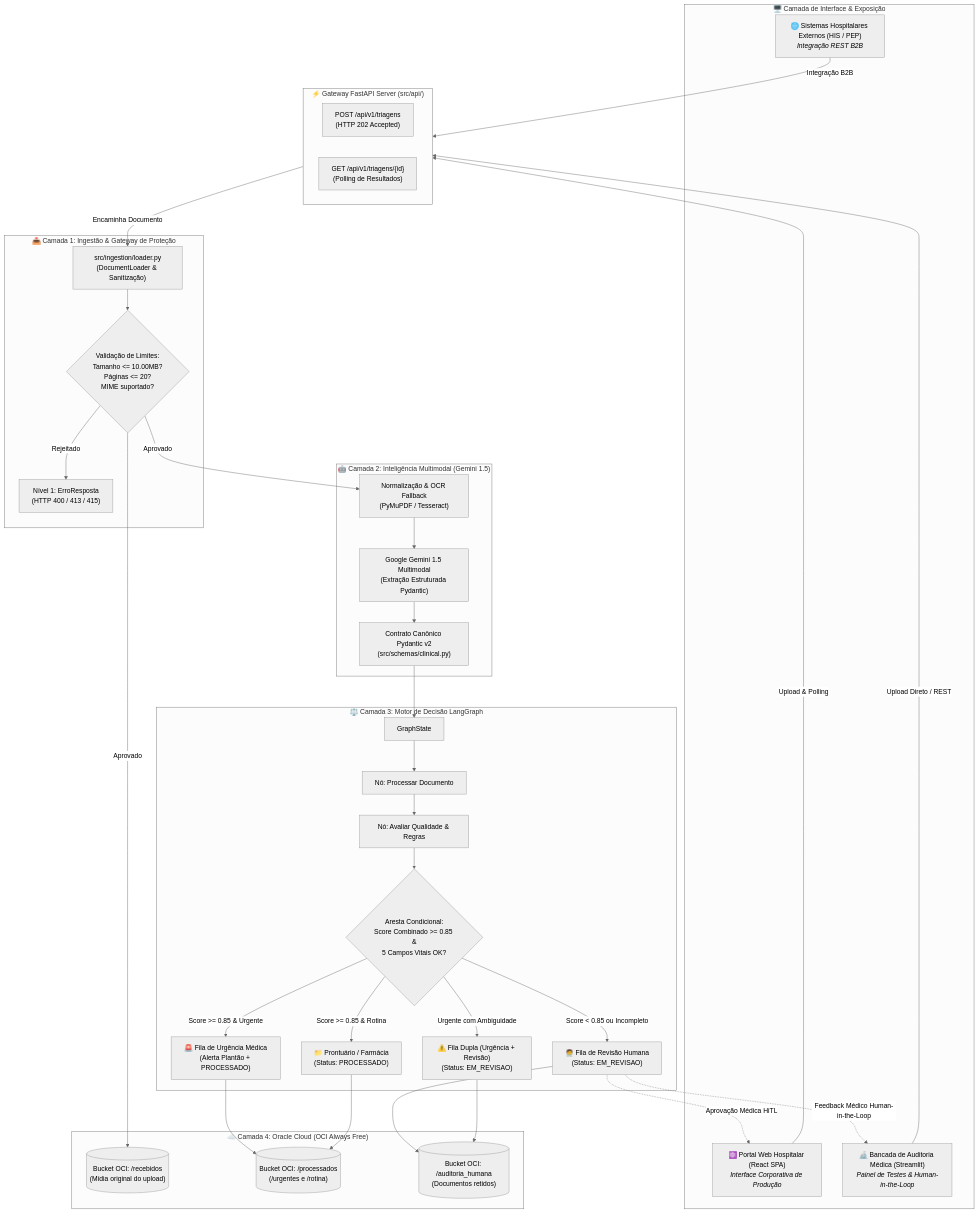
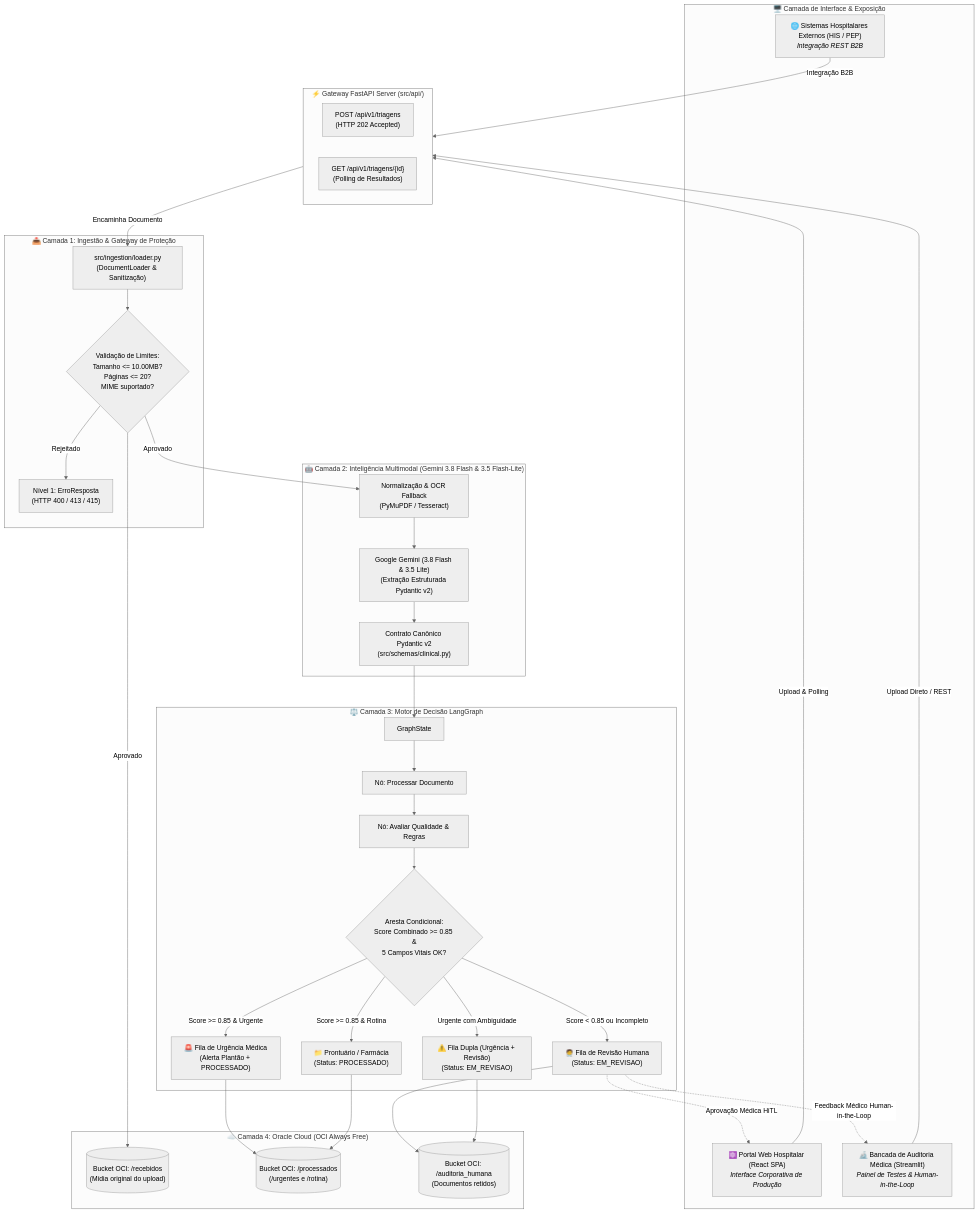
Before and after one commit to No-Country-simulation/g10-brasil-equipe-15_mediflow: the first of 3 diagrams in ARQUITETURA.md, drawn with Mermaid (neutral theme). The commit also changed other lines of this file and 10 other files, not shown here.

First line of the commit message:
feat: integrar qualidade langgraph na api, ingestao multimodal gemini e fidelidade clinica

````diff
--- a/ARQUITETURA.md
+++ b/ARQUITETURA.md
@@ -34,71 +34,71 @@
 ```mermaid
 flowchart TD
     subgraph CLIENTS["🖥️ Camada de Interface & Exposição"]
         REACT["⚛️ Portal Web Hospitalar (React SPA)<br/><i>Interface Corporativa de Produção</i>"]
         STREAMLIT["🔬 Bancada de Auditoria Médica (Streamlit)<br/><i>Painel de Testes & Human-in-the-Loop</i>"]
         API_CLI["🌐 Sistemas Hospitalares Externos (HIS / PEP)<br/><i>Integração REST B2B</i>"]
     end
 
     subgraph API_GATEWAY["⚡ Gateway FastAPI Server (src/api/)"]
         EP_POST["POST /api/v1/triagens<br/>(HTTP 202 Accepted)"]
         EP_GET["GET /api/v1/triagens/{id}<br/>(Polling de Resultados)"]
     end
 
     subgraph INGESTION["📥 Camada 1: Ingestão & Gateway de Proteção"]
         LOADER["src/ingestion/loader.py<br/>(DocumentLoader & Sanitização)"]
         VAL_RULES{"Validação de Limites:<br/>Tamanho <= 10.00MB?<br/>Páginas <= 20?<br/>MIME suportado?"}
         ERR_GATEWAY["Nível 1: ErroResposta<br/>(HTTP 400 / 413 / 415)"]
     end
 
-    subgraph AI_CORE["🤖 Camada 2: Inteligência Multimodal (Gemini 1.5)"]
+    subgraph AI_CORE["🤖 Camada 2: Inteligência Multimodal (Gemini 3.8 Flash & 3.5 Flash-Lite)"]
         OCR["Normalização & OCR Fallback<br/>(PyMuPDF / Tesseract)"]
-        LLM["Google Gemini 1.5 Multimodal<br/>(Extração Estruturada Pydantic)"]
+        LLM["Google Gemini (3.8 Flash & 3.5 Lite)<br/>(Extração Estruturada Pydantic v2)"]
         SCHEMA["Contrato Canônico Pydantic v2<br/>(src/schemas/clinical.py)"]
     end
 
     subgraph WORKFLOW["⚖️ Camada 3: Motor de Decisão LangGraph"]
         STATE["GraphState"]
         N_EXTRACT["Nó: Processar Documento"]
         N_EVAL["Nó: Avaliar Qualidade & Regras"]
         COND_DECIDE{"Aresta Condicional:<br/>Score Combinado >= 0.85 &<br/>5 Campos Vitais OK?"}
         
         Q_URG["🚨 Fila de Urgência Médica<br/>(Alerta Plantão + PROCESSADO)"]
         Q_REV["🧑‍⚕️ Fila de Revisão Humana<br/>(Status: EM_REVISAO)"]
         Q_ROT["📁 Prontuário / Farmácia<br/>(Status: PROCESSADO)"]
         Q_MISTO["⚠️ Fila Dupla (Urgência + Revisão)<br/>(Status: EM_REVISAO)"]
     end
 
     subgraph STORAGE["☁️ Camada 4: Oracle Cloud (OCI Always Free)"]
         OCI_IN[("Bucket OCI: /recebidos<br/>(Mídia original do upload)")]
         OCI_PROC[("Bucket OCI: /processados<br/>(/urgentes e /rotina)")]
         OCI_AUDIT[("Bucket OCI: /auditoria_humana<br/>(Documentos retidos)")]
     end
 
     REACT -->|Upload & Polling| API_GATEWAY
     STREAMLIT -->|Upload Direto / REST| API_GATEWAY
     API_CLI -->|Integração B2B| API_GATEWAY
 
     API_GATEWAY -->|Encaminha Documento| LOADER
     LOADER --> VAL_RULES
     VAL_RULES -- "Rejeitado" --> ERR_GATEWAY
     VAL_RULES -- "Aprovado" --> OCI_IN
     VAL_RULES -- "Aprovado" --> OCR
     
     OCR --> LLM
     LLM --> SCHEMA
     SCHEMA --> STATE
     STATE --> N_EXTRACT --> N_EVAL --> COND_DECIDE
     
     COND_DECIDE -- "Score < 0.85 ou Incompleto" --> Q_REV
     COND_DECIDE -- "Score >= 0.85 & Urgente" --> Q_URG
     COND_DECIDE -- "Score >= 0.85 & Rotina" --> Q_ROT
     COND_DECIDE -- "Urgente com Ambiguidade" --> Q_MISTO
     
     Q_URG --> OCI_PROC
     Q_ROT --> OCI_PROC
     Q_REV --> OCI_AUDIT
     Q_MISTO --> OCI_AUDIT
     
     Q_REV -.->|Feedback Médico Human-in-the-Loop| STREAMLIT
     Q_REV -.->|Aprovação Médica HiTL| REACT
 ```
````
